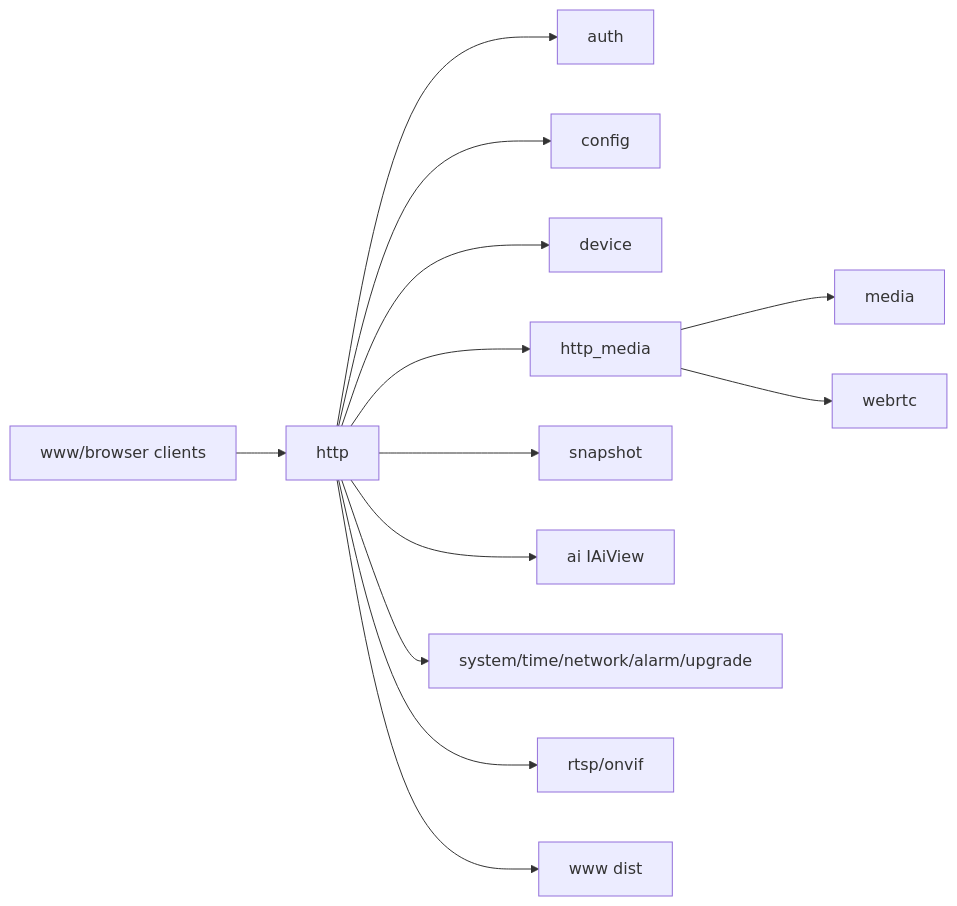
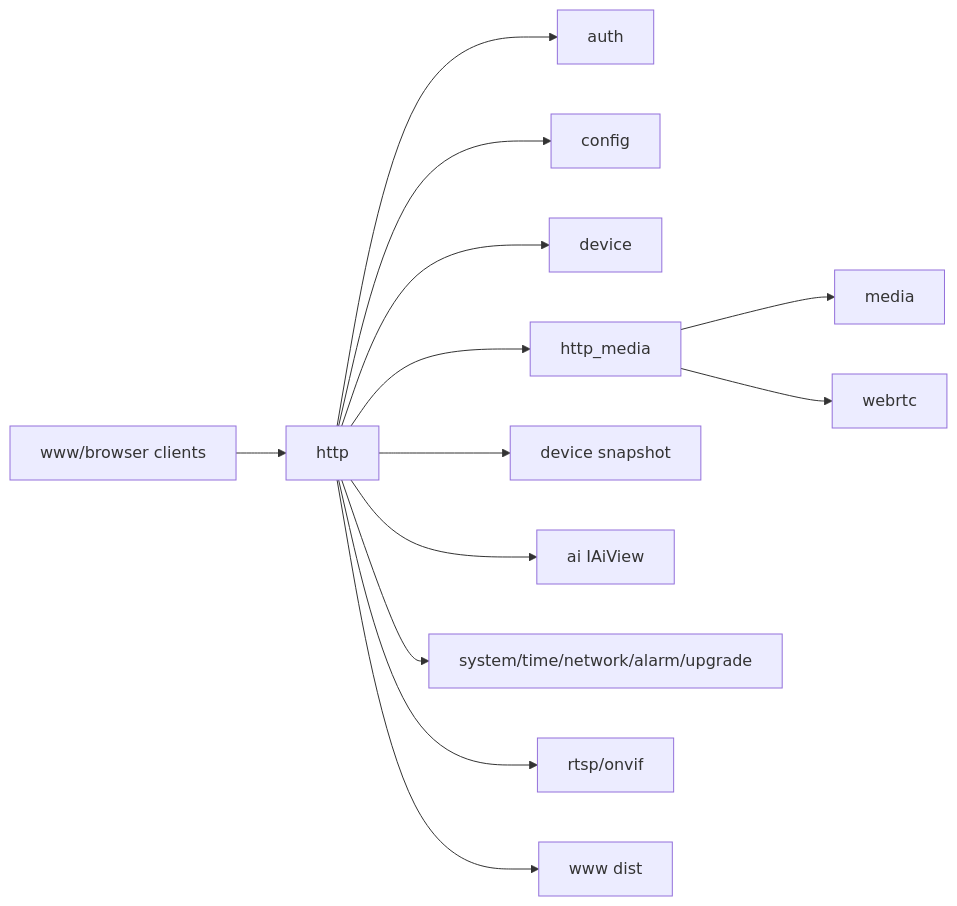
Before and after one commit to 373699756/live_stream: the diagram in docs/libs/http.md, drawn with Mermaid. The commit also changed other lines of this file and 108 other files, not shown here.

Commit message:
merga snapshot region to device

````diff
--- a/docs/libs/http.md
+++ b/docs/libs/http.md
@@ -16,15 +16,15 @@
 ```mermaid
 flowchart LR
   Browser[www/browser clients] --> HTTP[http]
   HTTP --> Auth[auth]
   HTTP --> Config[config]
   HTTP --> Media[device]
   HTTP --> MediaHTTP[http_media]
   MediaHTTP --> MediaCore[media]
   MediaHTTP --> WebRTC[webrtc]
-  HTTP --> Snapshot[snapshot]
+  HTTP --> Snapshot[device snapshot]
   HTTP --> AI[ai IAiView]
   HTTP --> Device[system/time/network/alarm/upgrade]
   HTTP --> Protocol[rtsp/onvif]
   HTTP --> Static[www dist]
 ```
````
